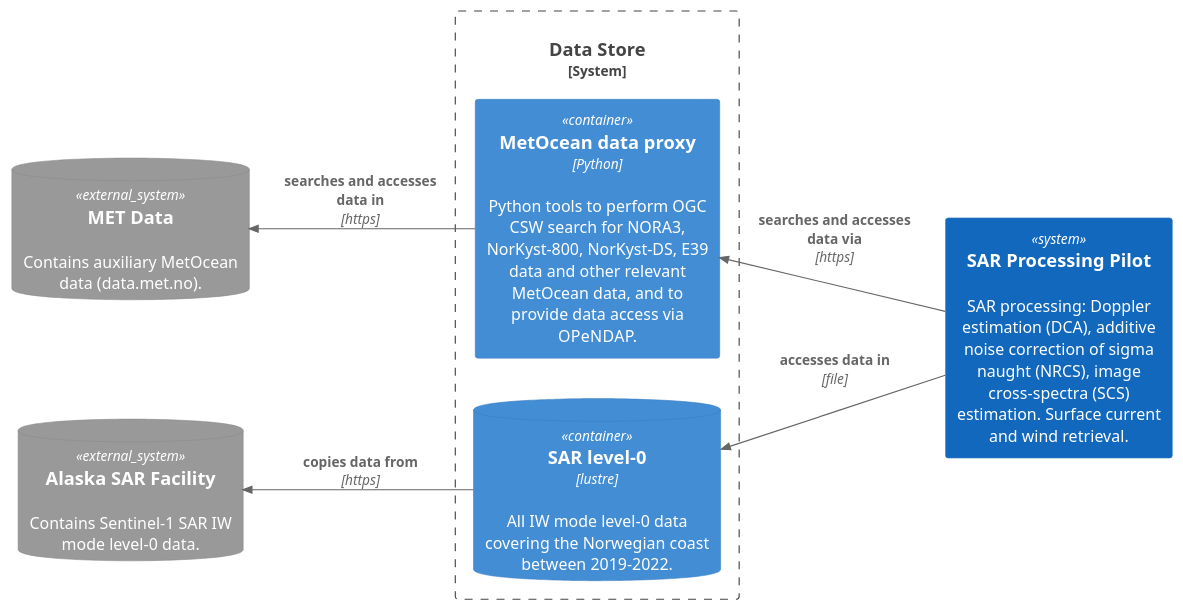
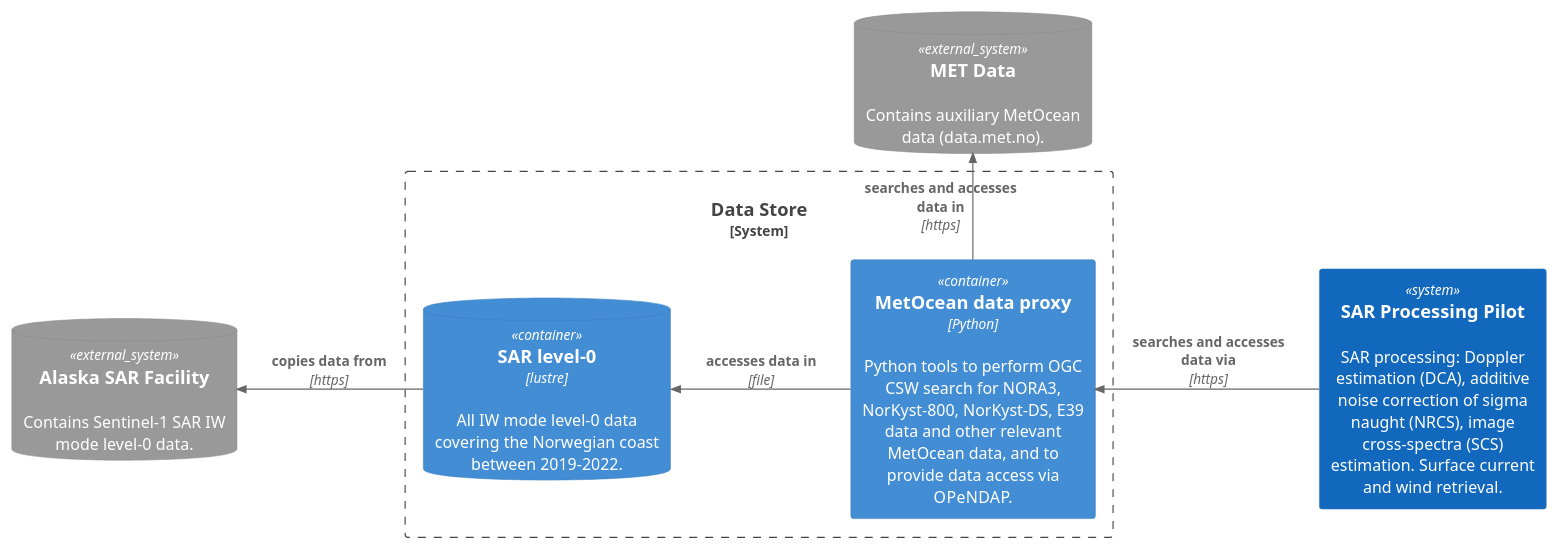
One commit to metno/esa-coscaw-architecture changed the diagram in puml/data-store-container-diagram.puml. Above: the diagram before and after it, drawn with PlantUML. The commit also changed 7 other files, not shown here.

Commit message:
Add diagram to README

```diff
--- a/puml/data-store-container-diagram.puml
+++ b/puml/data-store-container-diagram.puml
@@ -1,24 +1,24 @@
 @startuml data-store-container-diagram
 !include https://raw.githubusercontent.com/plantuml-stdlib/C4-PlantUML/master/C4_Container.puml
 
 'LAYOUT_TOP_DOWN()
 LAYOUT_LEFT_RIGHT()
 
 SystemDb_Ext(MET_data, "MET Data", "Contains auxiliary MetOcean data (data.met.no).")
 SystemDb_Ext(asf, "Alaska SAR Facility", "Contains Sentinel-1 SAR IW mode level-0 data.")
 
 System(sarproc, "SAR Processing Pilot", "SAR processing: Doppler estimation (DCA), additive noise correction of sigma naught (NRCS), image cross-spectra (SCS) estimation. Surface current and wind retrieval.")
 
 System_Boundary(data, "Data Store"){
 
   ContainerDb(sar_level0, "SAR level-0", "lustre", "All IW mode level-0 data covering the Norwegian coast between 2019-2022.")
   Container(auxdata, "MetOcean data proxy", "Python", "Python tools to perform OGC CSW search for NORA3, NorKyst-800, NorKyst-DS, E39 data and other relevant MetOcean data, and to provide data access via OPeNDAP.")
 
 }
 
-Rel_U(sarproc, sar_level0, "accesses data in", "file")
+Rel_U(auxdata, sar_level0, "accesses data in", "file")
 Rel_U(sarproc, auxdata, "searches and accesses data via", "https")
 Rel_U(sar_level0, asf, "copies data from", "https")
-Rel_U(auxdata, MET_data, "searches and accesses data in", "https")
+Rel_R(auxdata, MET_data, "searches and accesses data in", "https")
 
 @enduml
```
